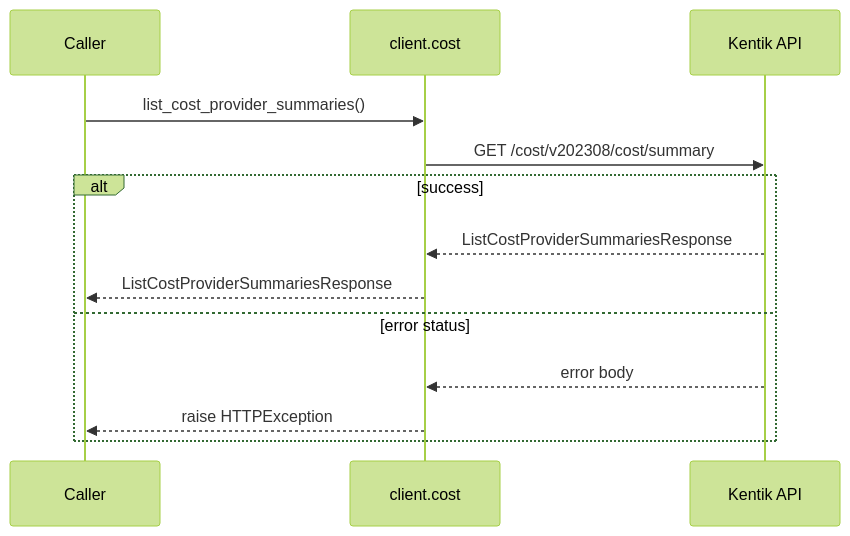
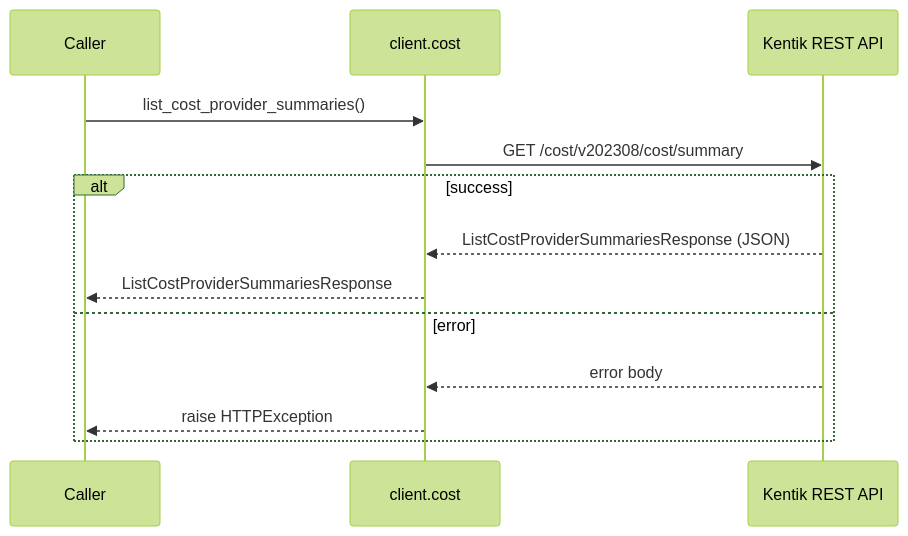
One commit to alexdearaujo/community_sdk_python changed the fourth of 8 diagrams in docs/sphinx/services/cost.md. Above: the diagram before and after it, drawn with Mermaid (forest theme). The commit also changed other lines of this file and 61 other files, not shown here.

````diff
--- a/docs/sphinx/services/cost.md
+++ b/docs/sphinx/services/cost.md
@@ -75,16 +102,16 @@
 ```mermaid
 sequenceDiagram
     participant C as Caller
     participant W as client.cost
-    participant API as Kentik API
+    participant API as Kentik REST API
 
     C->>W: list_cost_provider_summaries()
     W->>API: GET /cost/v202308/cost/summary
     alt success
-        API-->>W: ListCostProviderSummariesResponse
+        API-->>W: ListCostProviderSummariesResponse (JSON)
         W-->>C: ListCostProviderSummariesResponse
-    else error status
+    else error
         API-->>W: error body
         W-->>C: raise HTTPException
     end
 ```
````
